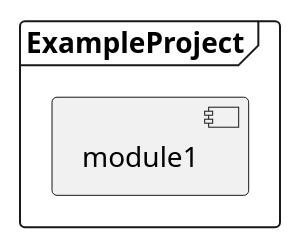
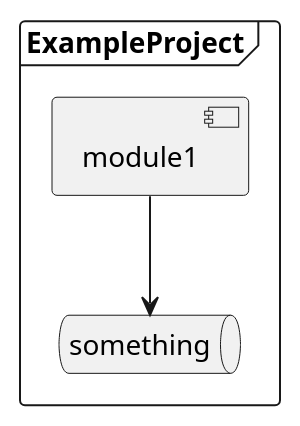
The diagram in exampleProject/system1/docs/system.puml (danakuban/docsGradlePlugin), drawn with PlantUML before and after one commit. The commit also changed 15 other files, not shown here.

```diff
--- a/exampleProject/system1/docs/system.puml
+++ b/exampleProject/system1/docs/system.puml
@@ -1,9 +1,11 @@
 @startuml
 
 frame ExampleProject {
     component "module1"
+    queue something
 }
 
 'Dependencies
+module1 --> something
 
 @enduml
```
